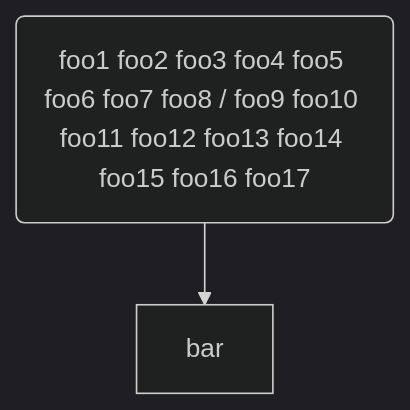
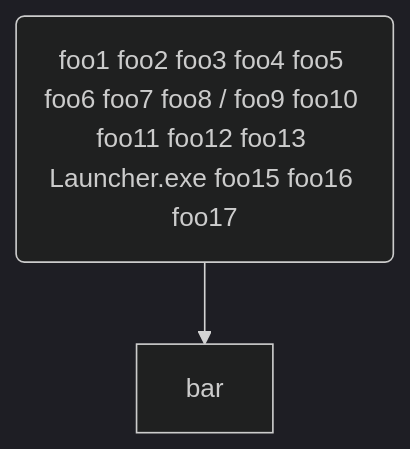
Before and after one commit to funjobie/OpenSwordArtsVR: diagram 15 of 16 in sandbox/MerMaid_diagram_integration.md, drawn with Mermaid (dark theme). The commit also changed other lines of this file, not shown here.

Commit message:
refine troubleshooting example

````diff
--- a/sandbox/MerMaid_diagram_integration.md
+++ b/sandbox/MerMaid_diagram_integration.md
@@ -200,4 +200,4 @@
 ```mermaid
 flowchart TD
-    foo("foo1 foo2 foo3 foo4 foo5 foo6 foo7 foo8 / foo9 foo10 foo11 foo12 foo13 foo14 foo15 foo16 foo17") --> bar
+    foo("foo1 foo2 foo3 foo4 foo5 foo6 foo7 foo8 / foo9 foo10 foo11 foo12 foo13 Launcher.exe foo15 foo16 foo17") --> bar
 ```
````
